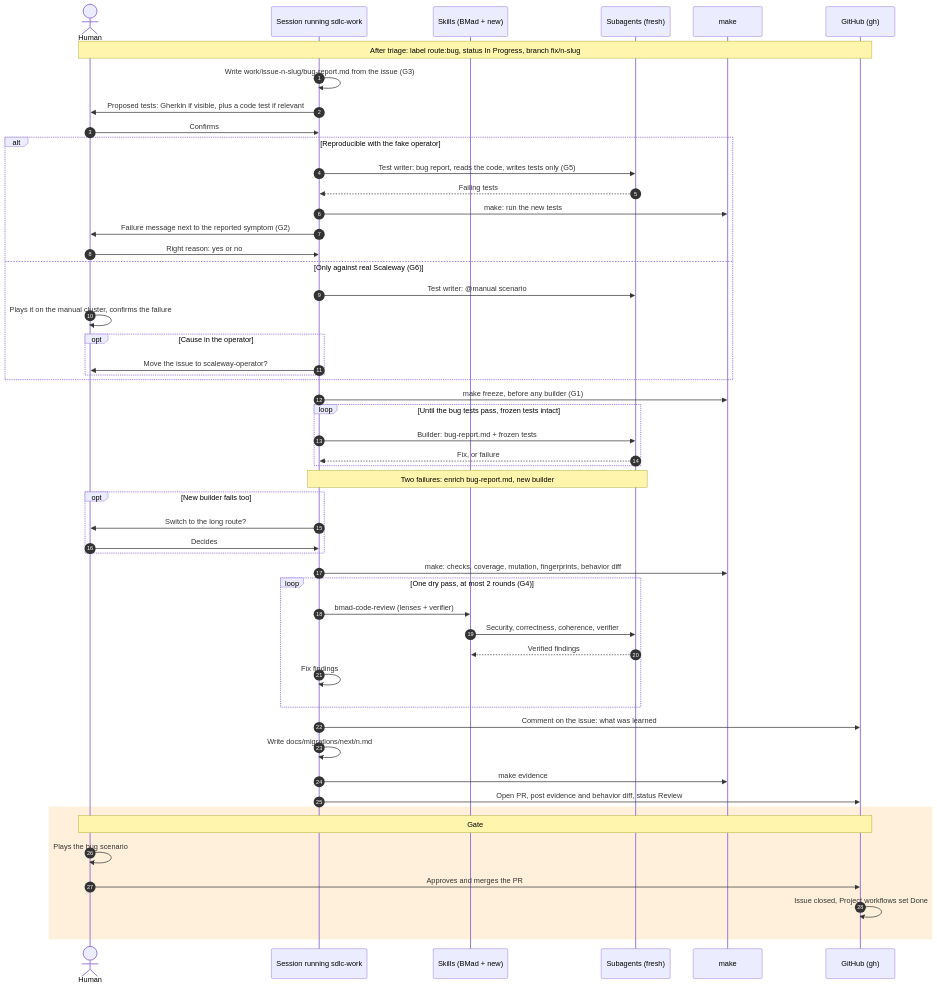
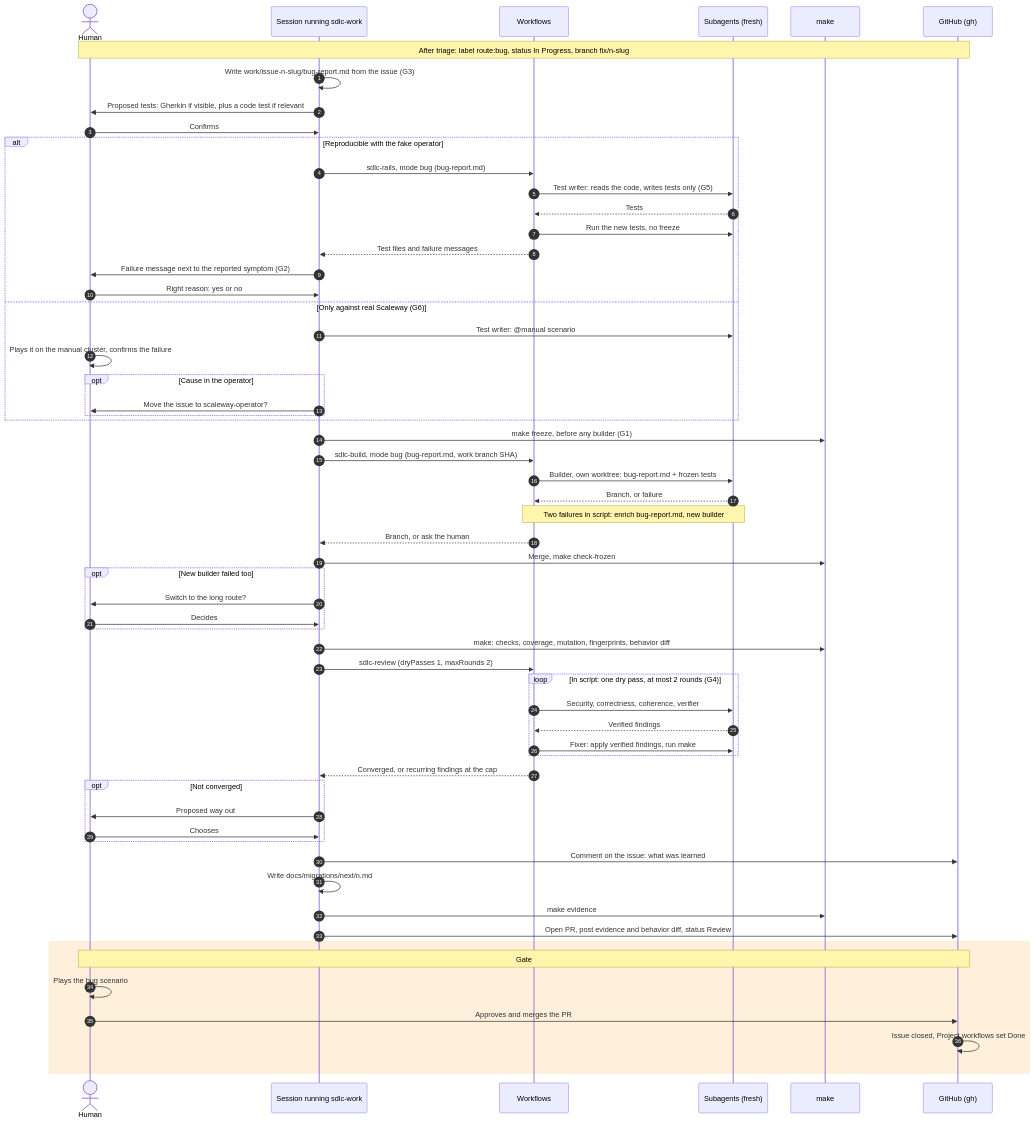
The diagram in _bmad-output/brainstorming/brainstorm-sdlc-local-workflow-2026-10-16/sequence-bug-process.md (mathieubodin/scaleway-manager), drawn with Mermaid before and after one commit. The commit also changed other lines of this file and 3 other files, not shown here.

````diff
--- a/_bmad-output/brainstorming/brainstorm-sdlc-local-workflow-2026-10-16/sequence-bug-process.md
+++ b/_bmad-output/brainstorming/brainstorm-sdlc-local-workflow-2026-10-16/sequence-bug-process.md
@@ -14,56 +14,64 @@
 ```mermaid
 sequenceDiagram
     autonumber
     actor H as Human
     participant W as Session running sdlc-work
-    participant K as Skills (BMad + new)
+    participant F as Workflows
     participant A as Subagents (fresh)
     participant T as make
     participant G as GitHub (gh)
 
     Note over H,G: After triage: label route:bug, status In Progress, branch fix/n-slug
     W->>W: Write work/issue-n-slug/bug-report.md from the issue (G3)
     W->>H: Proposed tests: Gherkin if visible, plus a code test if relevant
     H->>W: Confirms
     alt Reproducible with the fake operator
-        W->>A: Test writer: bug report, reads the code, writes tests only (G5)
-        A-->>W: Failing tests
-        W->>T: make: run the new tests
+        W->>F: sdlc-rails, mode bug (bug-report.md)
+        F->>A: Test writer: reads the code, writes tests only (G5)
+        A-->>F: Tests
+        F->>A: Run the new tests, no freeze
+        F-->>W: Test files and failure messages
         W->>H: Failure message next to the reported symptom (G2)
         H->>W: Right reason: yes or no
     else Only against real Scaleway (G6)
         W->>A: Test writer: @manual scenario
         H->>H: Plays it on the manual cluster, confirms the failure
         opt Cause in the operator
             W->>H: Move the issue to scaleway-operator?
         end
     end
     W->>T: make freeze, before any builder (G1)
-    loop Until the bug tests pass, frozen tests intact
-        W->>A: Builder: bug-report.md + frozen tests
-        A-->>W: Fix, or failure
-    end
-    Note over W,A: Two failures: enrich bug-report.md, new builder
-    opt New builder fails too
+    W->>F: sdlc-build, mode bug (bug-report.md, work branch SHA)
+    F->>A: Builder, own worktree: bug-report.md + frozen tests
+    A-->>F: Branch, or failure
+    Note over F,A: Two failures in script: enrich bug-report.md, new builder
+    F-->>W: Branch, or ask the human
+    W->>T: Merge, make check-frozen
+    opt New builder failed too
         W->>H: Switch to the long route?
         H->>W: Decides
     end
     W->>T: make: checks, coverage, mutation, fingerprints, behavior diff
-    loop One dry pass, at most 2 rounds (G4)
-        W->>K: bmad-code-review (lenses + verifier)
-        K->>A: Security, correctness, coherence, verifier
-        A-->>K: Verified findings
-        W->>W: Fix findings
+    W->>F: sdlc-review (dryPasses 1, maxRounds 2)
+    loop In script: one dry pass, at most 2 rounds (G4)
+        F->>A: Security, correctness, coherence, verifier
+        A-->>F: Verified findings
+        F->>A: Fixer: apply verified findings, run make
+    end
+    F-->>W: Converged, or recurring findings at the cap
+    opt Not converged
+        W->>H: Proposed way out
+        H->>W: Chooses
     end
     W->>G: Comment on the issue: what was learned
     W->>W: Write docs/migrations/next/n.md
     W->>T: make evidence
     W->>G: Open PR, post evidence and behavior diff, status Review
 
     rect rgba(255, 180, 80, 0.2)
     Note over H,G: Gate
     H->>H: Plays the bug scenario
     H->>G: Approves and merges the PR
     G->>G: Issue closed, Project workflows set Done
     end
 ```
````
